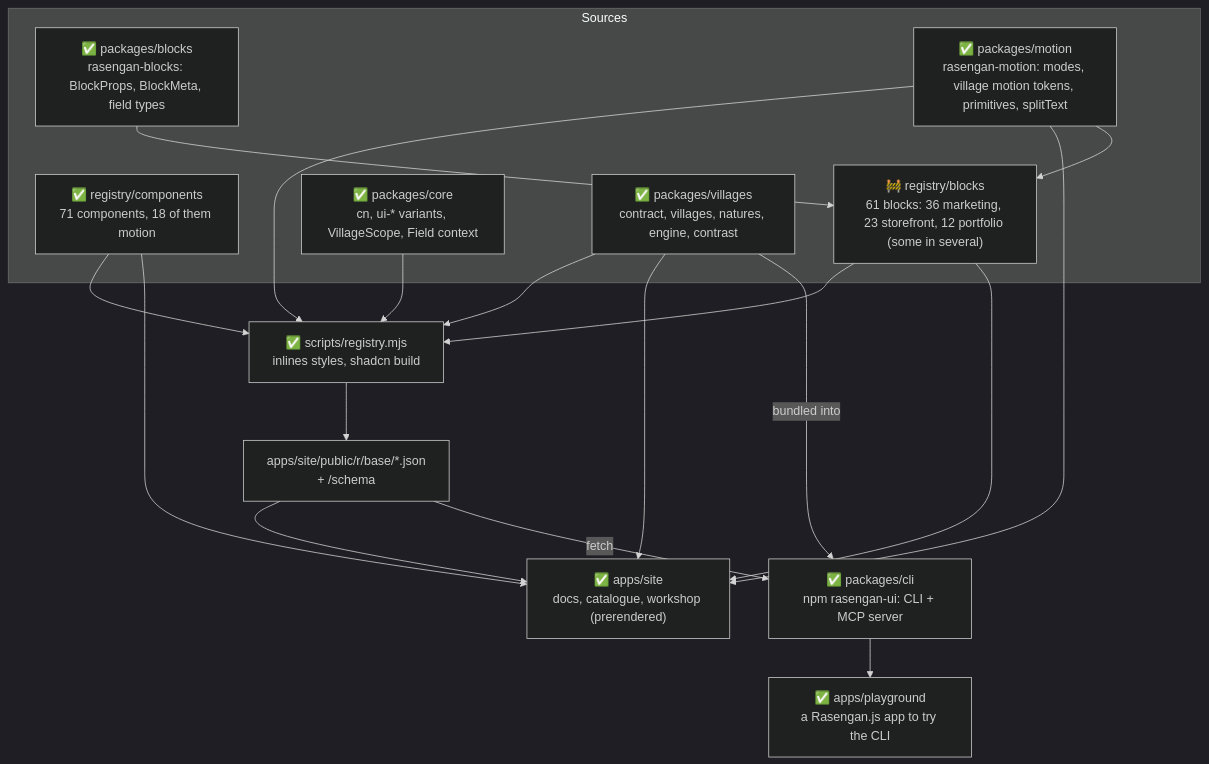
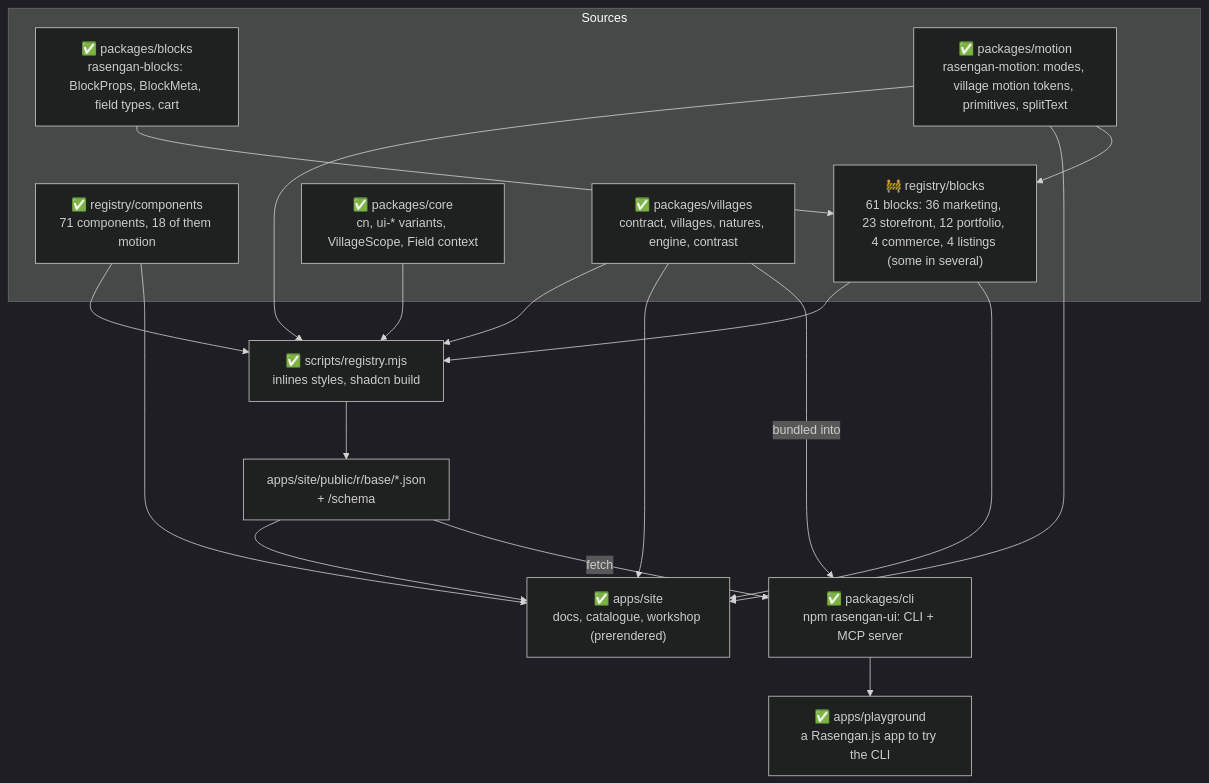
The second of 5 diagrams in docs/architecture.md (rasengan-dev/rasengan-ui), drawn with Mermaid (dark theme) before and after one commit. The commit also changed other lines of this file and 36 other files, not shown here.

First line of the commit message:
feat(blocks): add the commerce and listings families, the cart and their placeholders

````diff
--- a/docs/architecture.md
+++ b/docs/architecture.md
@@ -41,34 +41,34 @@
 ```mermaid
 flowchart TB
   subgraph source[Sources]
     comps["✅ registry/components<br/>71 components, 18 of them motion"]
-    blocks["🚧 registry/blocks<br/>61 blocks: 36 marketing, 23 storefront, 12 portfolio (some in several)"]
-    blockslib["✅ packages/blocks<br/>rasengan-blocks: BlockProps, BlockMeta, field types"]
+    blocks["🚧 registry/blocks<br/>61 blocks: 36 marketing, 23 storefront, 12 portfolio, 4 commerce, 4 listings (some in several)"]
+    blockslib["✅ packages/blocks<br/>rasengan-blocks: BlockProps, BlockMeta, field types, cart"]
     core["✅ packages/core<br/>cn, ui-* variants, VillageScope, Field context"]
     villages["✅ packages/villages<br/>contract, villages, natures, engine, contrast"]
     motion["✅ packages/motion<br/>rasengan-motion: modes, village motion tokens, primitives, splitText"]
   end
 
   build["✅ scripts/registry.mjs<br/>inlines styles, shadcn build"]
   public["apps/site/public/r/base/*.json<br/>+ /schema"]
   site["✅ apps/site<br/>docs, catalogue, workshop (prerendered)"]
   cli["✅ packages/cli<br/>npm rasengan-ui: CLI + MCP server"]
   play["✅ apps/playground<br/>a Rasengan.js app to try the CLI"]
 
   comps --> build
   core --> build
   villages --> build
   build --> public
   public --> site
   villages --> site
   comps --> site
   public -- fetch --> cli
   villages -- bundled into --> cli
   cli --> play
   motion --> build
   motion --> site
   motion --> blocks
   blockslib --> blocks
   blocks --> build
   blocks --> site
 ```
````
